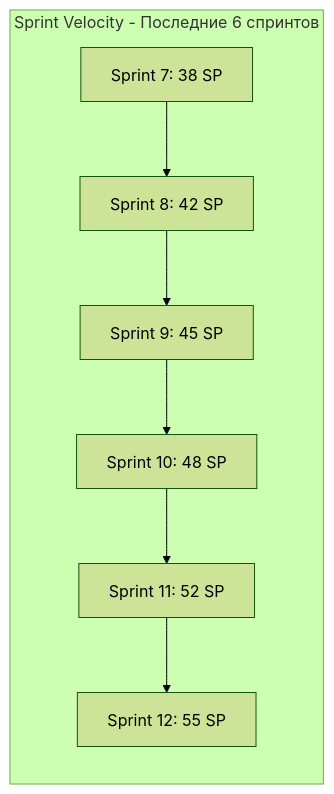
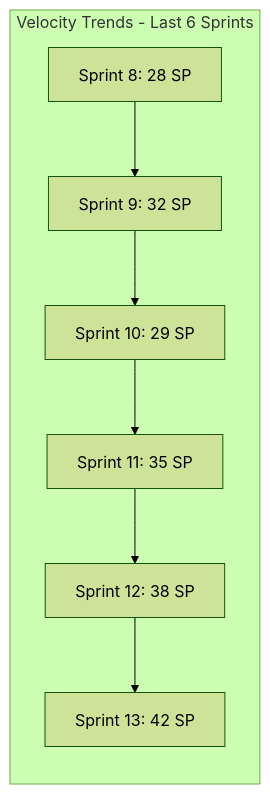
Before and after one commit to HOW2AI-AGENCY/albert3-muse-synth-studio: the first of 9 diagrams in project-management/reports/team-dashboard.md, drawn with Mermaid (forest theme). The commit also changed other lines of this file, not shown here.

````diff
--- a/project-management/reports/team-dashboard.md
+++ b/project-management/reports/team-dashboard.md
@@ -29,10 +22,10 @@
 ```mermaid
 graph LR
-    subgraph "Sprint Velocity - Последние 6 спринтов"
-        A[Sprint 7: 38 SP] --> B[Sprint 8: 42 SP]
-        B --> C[Sprint 9: 45 SP]
-        C --> D[Sprint 10: 48 SP]
-        D --> E[Sprint 11: 52 SP]
-        E --> F[Sprint 12: 55 SP]
+    subgraph "Velocity Trends - Last 6 Sprints"
+        A[Sprint 8: 28 SP] --> B[Sprint 9: 32 SP]
+        B --> C[Sprint 10: 29 SP]
+        C --> D[Sprint 11: 35 SP]
+        D --> E[Sprint 12: 38 SP]
+        E --> F[Sprint 13: 42 SP]
     end
 ```
````
